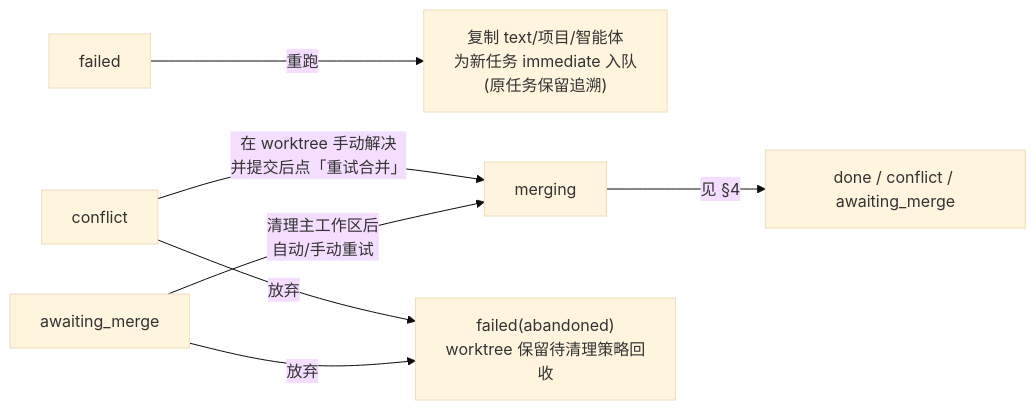
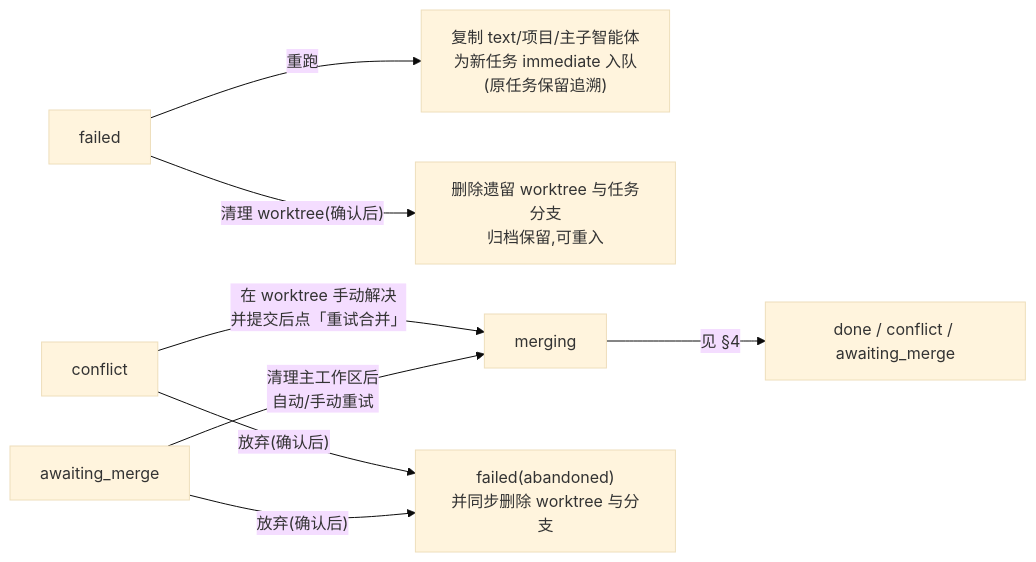
One commit to HackSing/dispatch changed the sixth of 7 diagrams in docs/flows.md. Above: the diagram before and after it, drawn with Mermaid (base theme). The commit also changed other lines of this file and 9 other files, not shown here.

````diff
--- a/docs/flows.md
+++ b/docs/flows.md
@@ -143,9 +147,10 @@
 ```mermaid
 flowchart LR
-    F[failed] -- 重跑 --> F1["复制 text/项目/智能体<br/>为新任务 immediate 入队<br/>(原任务保留追溯)"]
+    F[failed] -- 重跑 --> F1["复制 text/项目/主子智能体<br/>为新任务 immediate 入队<br/>(原任务保留追溯)"]
+    F -- "清理 worktree(确认后)" --> F2["删除遗留 worktree 与任务分支<br/>归档保留,可重入"]
     C[conflict] -- "在 worktree 手动解决<br/>并提交后点「重试合并」" --> M[merging]
-    C -- 放弃 --> AB["failed(abandoned)<br/>worktree 保留待清理策略回收"]
+    C -- "放弃(确认后)" --> AB["failed(abandoned)<br/>并同步删除 worktree 与分支"]
     W[awaiting_merge] -- "清理主工作区后<br/>自动/手动重试" --> M
-    W -- 放弃 --> AB
+    W -- "放弃(确认后)" --> AB
     M -- 见 §4 --> D[done / conflict / awaiting_merge]
 ```
````
